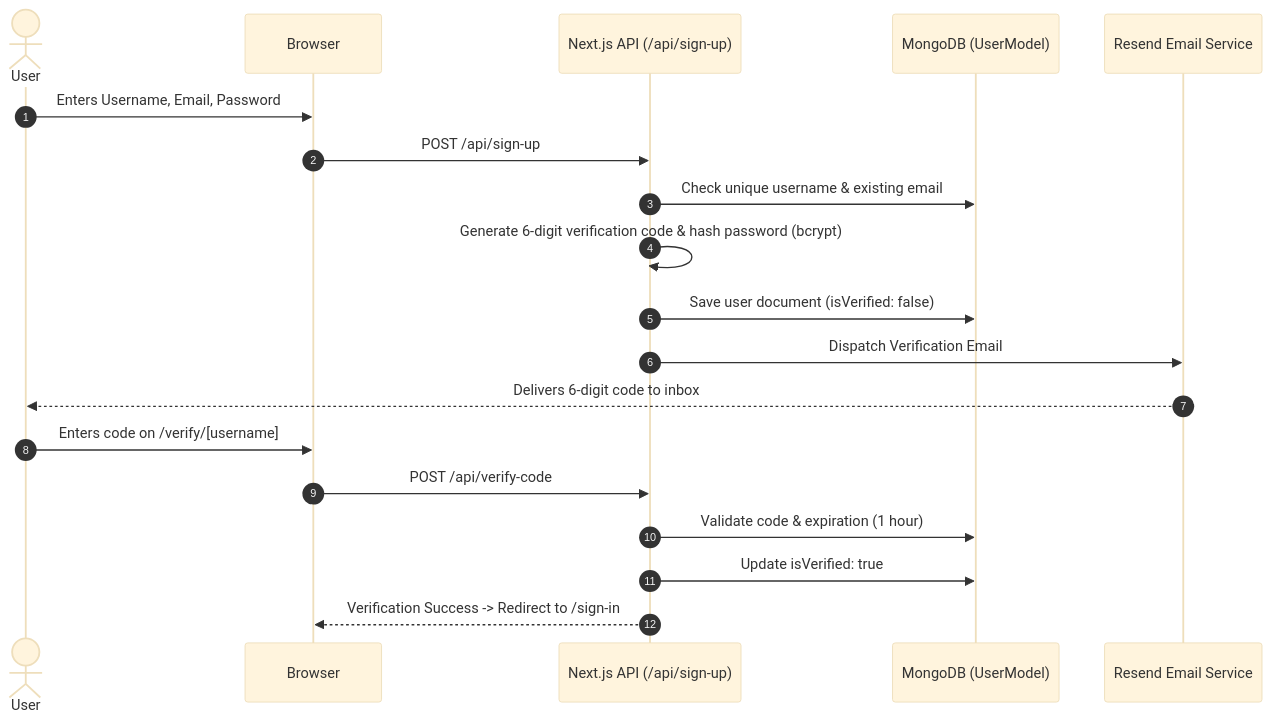
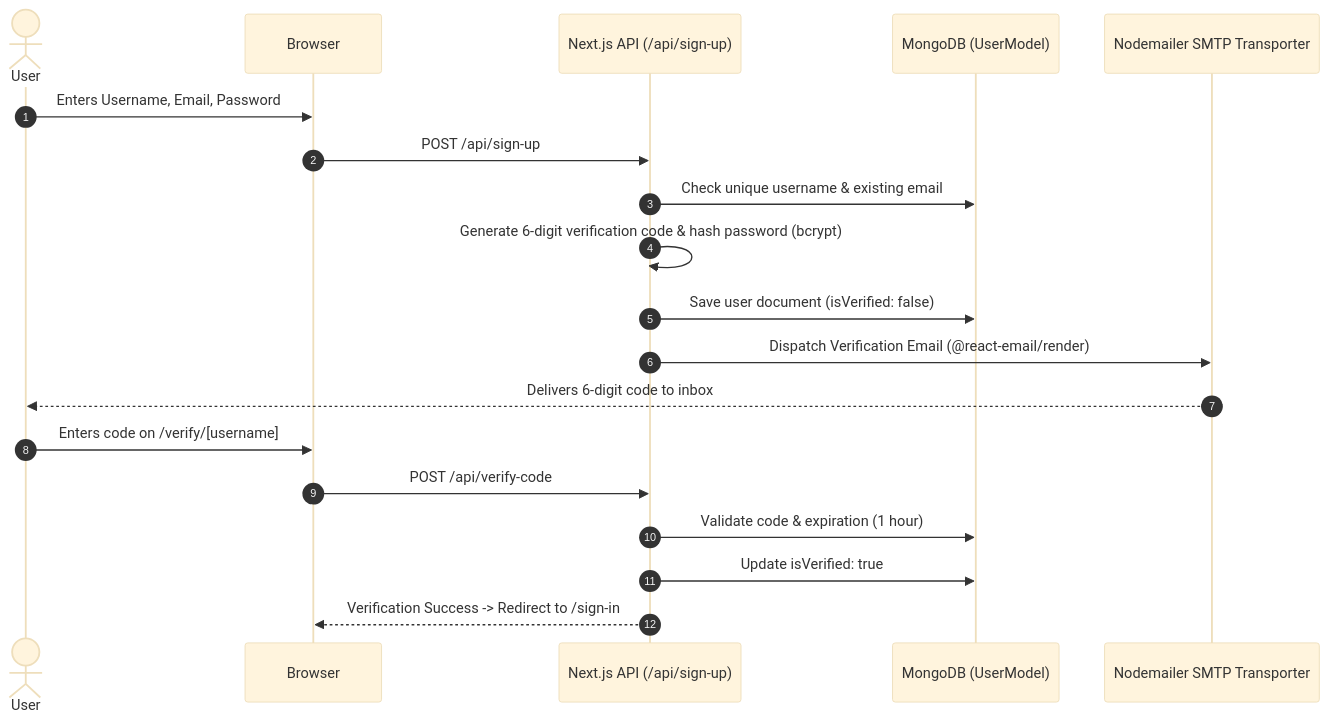
The diagram in docs/03-system-architecture.md (Abbas4tech/GhostMsg), drawn with Mermaid (base theme) before and after one commit. The commit also changed other lines of this file and 4 other files, not shown here.

Commit message:
docs: add ADR 0011 documenting OpenAPI SDK, Nodemailer mailer, and sender unblocking architecture

````diff
--- a/docs/03-system-architecture.md
+++ b/docs/03-system-architecture.md
@@ -39,22 +39,22 @@
 ```mermaid
 sequenceDiagram
     autonumber
     actor User
     participant Browser
     participant API as Next.js API (/api/sign-up)
     participant DB as MongoDB (UserModel)
-    participant Resend as Resend Email Service
+    participant Mailer as Nodemailer SMTP Transporter
 
     User->>Browser: Enters Username, Email, Password
     Browser->>API: POST /api/sign-up
     API->>DB: Check unique username & existing email
     API->>API: Generate 6-digit verification code & hash password (bcrypt)
     API->>DB: Save user document (isVerified: false)
-    API->>Resend: Dispatch Verification Email
-    Resend-->>User: Delivers 6-digit code to inbox
+    API->>Mailer: Dispatch Verification Email (@react-email/render)
+    Mailer-->>User: Delivers 6-digit code to inbox
     User->>Browser: Enters code on /verify/[username]
     Browser->>API: POST /api/verify-code
     API->>DB: Validate code & expiration (1 hour)
     API->>DB: Update isVerified: true
     API-->>Browser: Verification Success -> Redirect to /sign-in
 ```
````
